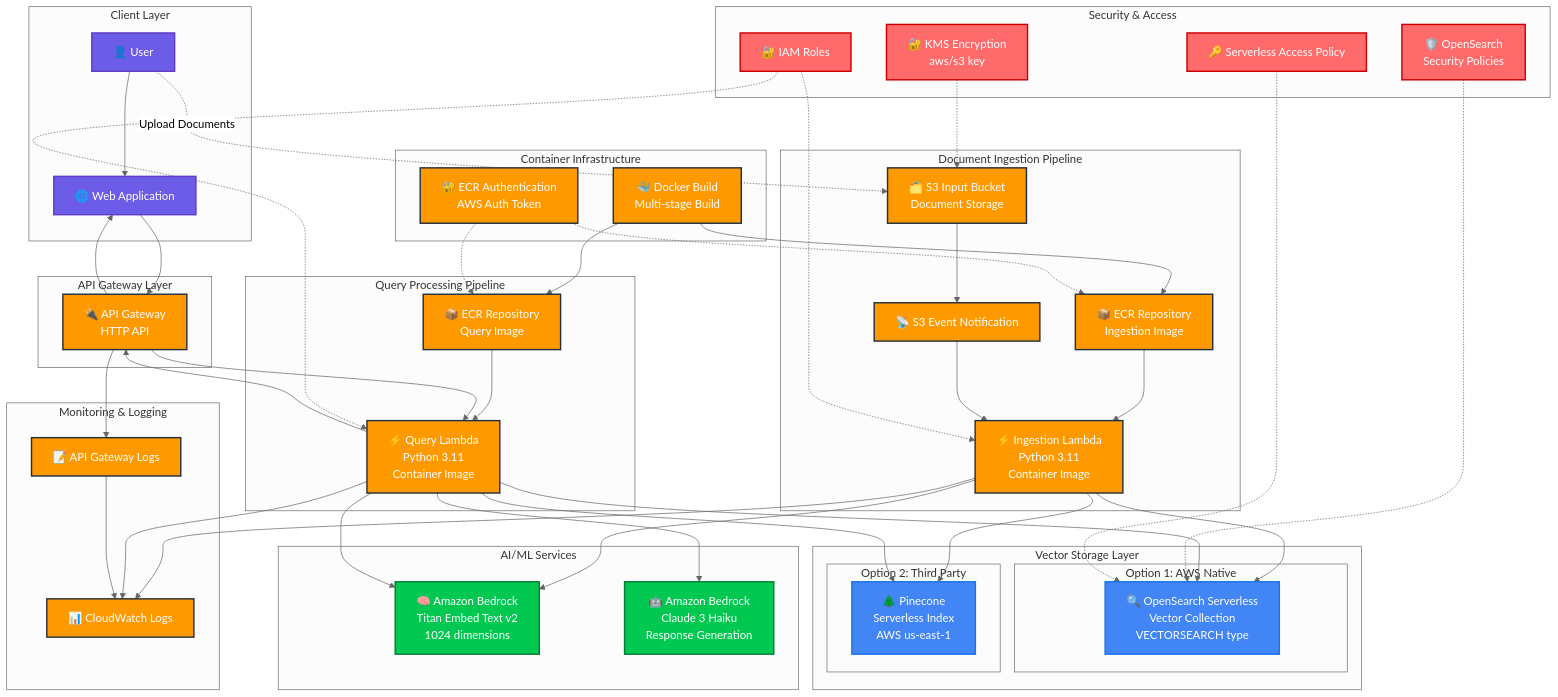
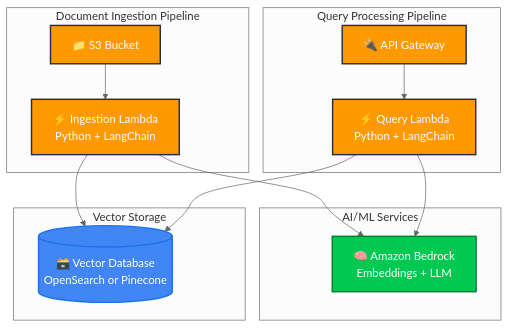
Before and after one commit to pulumi-initech/aws-rag-pipeline: the second of 3 diagrams in rag-architecture-hld.md, drawn with Mermaid (neutral theme). The commit also changed other lines of this file and 1 other file, not shown here.

````diff
--- a/rag-architecture-hld.md
+++ b/rag-architecture-hld.md
@@ -3,112 +27,35 @@
 ```mermaid
 graph TB
-    subgraph "Client Layer"
-        User[👤 User]
-        WebApp[🌐 Web Application]
+    subgraph "Document Ingestion Pipeline"
+        S3[📁 S3 Bucket]
+        IngestLambda[⚡ Ingestion Lambda<br/>Python + LangChain]
+        S3 --> IngestLambda
     end
-
-    subgraph "API Gateway Layer"
-        API[🔌 API Gateway<br/>HTTP API]
+    
+    subgraph "Query Processing Pipeline" 
+        API[🔌 API Gateway]
+        QueryLambda[⚡ Query Lambda<br/>Python + LangChain]
+        API --> QueryLambda
     end
-
-    subgraph "Document Ingestion Pipeline"
-        S3Input[🗂️ S3 Input Bucket<br/>Document Storage]
-        S3Event[📡 S3 Event Notification]
-        IngestionLambda[⚡ Ingestion Lambda<br/>Python 3.11<br/>Container Image]
-        IngestionECR[📦 ECR Repository<br/>Ingestion Image]
+    
+    subgraph "AI/ML Services"
+        Bedrock[🧠 Amazon Bedrock<br/>Embeddings + LLM]
     end
-
-    subgraph "Query Processing Pipeline"
-        QueryLambda[⚡ Query Lambda<br/>Python 3.11<br/>Container Image]
-        QueryECR[📦 ECR Repository<br/>Query Image]
+    
+    subgraph "Vector Storage"
+        VectorDB[(🗃️ Vector Database<br/>OpenSearch or Pinecone)]
     end
-
-    subgraph "Container Infrastructure"
-        DockerBuild[🐳 Docker Build<br/>Multi-stage Build]
-        ECRAuth[🔐 ECR Authentication<br/>AWS Auth Token]
-    end
-
-    subgraph "AI/ML Services"
-        BedrockEmbed[🧠 Amazon Bedrock<br/>Titan Embed Text v2<br/>1024 dimensions]
-        BedrockLLM[🤖 Amazon Bedrock<br/>Claude 3 Haiku<br/>Response Generation]
-    end
-
-    subgraph "Vector Storage Layer"
-        subgraph "Option 1: AWS Native"
-            OpenSearch[🔍 OpenSearch Serverless<br/>Vector Collection<br/>VECTORSEARCH type]
-        end
-        subgraph "Option 2: Third Party"
-            Pinecone[🌲 Pinecone<br/>Serverless Index<br/>AWS us-east-1]
-        end
-    end
-
-    subgraph "Security & Access"
-        IAMRoles[🔐 IAM Roles]
-        SecurityPolicies[🛡️ OpenSearch<br/>Security Policies]
-        ServerlessAccess[🔑 Serverless Access Policy]
-        KMS[🔐 KMS Encryption<br/>aws/s3 key]
-    end
-
-    subgraph "Monitoring & Logging"
-        CloudWatch[📊 CloudWatch Logs]
-        APILogs[📝 API Gateway Logs]
-    end
-
-    %% User Interactions
-    User --> WebApp
-    WebApp --> API
-    User -.->|Upload Documents| S3Input
-
-    %% Container Build Flow
-    DockerBuild --> IngestionECR
-    DockerBuild --> QueryECR
-    ECRAuth -.-> IngestionECR
-    ECRAuth -.-> QueryECR
-    IngestionECR --> IngestionLambda
-    QueryECR --> QueryLambda
-
-    %% Ingestion Flow
-    S3Input --> S3Event
-    S3Event --> IngestionLambda
-    IngestionLambda --> BedrockEmbed
-    IngestionLambda --> OpenSearch
-    IngestionLambda --> Pinecone
-    IngestionLambda --> CloudWatch
-
-    %% Query Flow
-    API --> QueryLambda
-    QueryLambda --> BedrockEmbed
-    QueryLambda --> BedrockLLM
-    QueryLambda --> OpenSearch
-    QueryLambda --> Pinecone
-    QueryLambda --> CloudWatch
-    QueryLambda --> API
-    API --> WebApp
-
-    %% Security Relationships
-    IAMRoles -.-> IngestionLambda
-    IAMRoles -.-> QueryLambda
-    SecurityPolicies -.-> OpenSearch
-    ServerlessAccess -.-> OpenSearch
-    KMS -.-> S3Input
-
-    %% Monitoring
-    API --> APILogs
-    APILogs --> CloudWatch
-
-    %% Styling
-    classDef awsService fill:#FF9900,stroke:#232F3E,stroke-width:2px,color:#FFFFFF
-    classDef lambdaService fill:#FF9900,stroke:#232F3E,stroke-width:2px,color:#FFFFFF
-    classDef vectorStore fill:#4285F4,stroke:#1a73e8,stroke-width:2px,color:#FFFFFF
-    classDef aiService fill:#00C851,stroke:#007E33,stroke-width:2px,color:#FFFFFF
-    classDef security fill:#FF6B6B,stroke:#CC0000,stroke-width:2px,color:#FFFFFF
-    classDef client fill:#6C5CE7,stroke:#5F3DC4,stroke-width:2px,color:#FFFFFF
-
-    class S3Input,API,CloudWatch,APILogs,S3Event,IngestionECR,QueryECR,ECRAuth awsService
-    class IngestionLambda,QueryLambda lambdaService
-    class OpenSearch,Pinecone vectorStore
-    class BedrockEmbed,BedrockLLM aiService
-    class IAMRoles,SecurityPolicies,ServerlessAccess,KMS security
-    class User,WebApp client
-    class DockerBuild lambdaService
+    
+    IngestLambda --> Bedrock
+    IngestLambda --> VectorDB
+    QueryLambda --> Bedrock  
+    QueryLambda --> VectorDB
+    
+    classDef aws fill:#FF9900,stroke:#232F3E,stroke-width:2px,color:#FFFFFF
+    classDef ai fill:#00C851,stroke:#007E33,stroke-width:2px,color:#FFFFFF
+    classDef storage fill:#4285F4,stroke:#1a73e8,stroke-width:2px,color:#FFFFFF
+    
+    class S3,API,IngestLambda,QueryLambda aws
+    class Bedrock ai
+    class VectorDB storage
 ```
````
